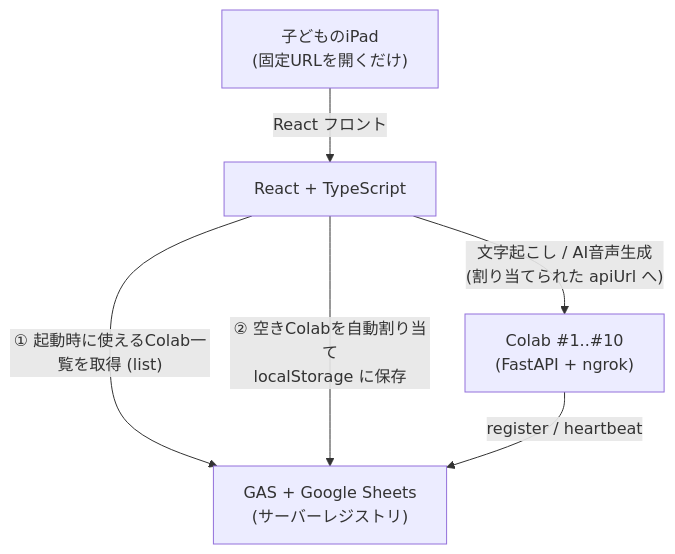
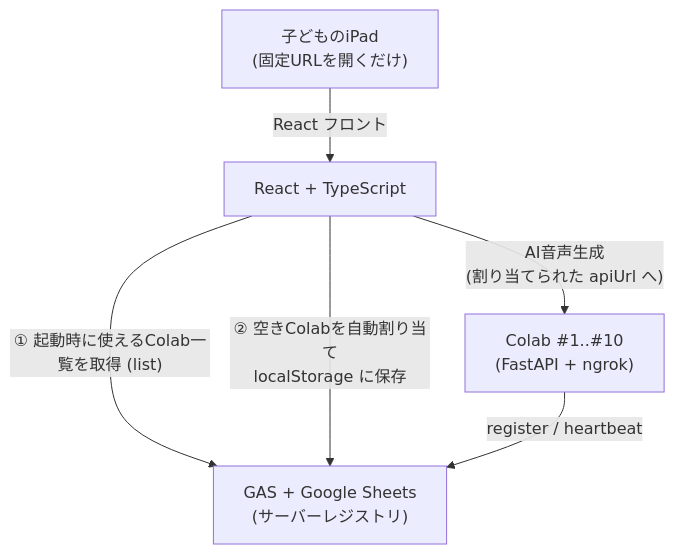
The first of 2 diagrams in README.md (TaiyoYamada/voice-comic-theater), drawn with Mermaid before and after one commit. The commit also changed other lines of this file and 6 other files, not shown here.

````diff
--- a/README.md
+++ b/README.md
@@ -9,8 +9,8 @@
 ```mermaid
 flowchart TD
     iPad["子どものiPad<br/>(固定URLを開くだけ)"] -->|React フロント| Front["React + TypeScript"]
     Front -->|"① 起動時に使えるColab一覧を取得 (list)"| GAS["GAS + Google Sheets<br/>(サーバーレジストリ)"]
     Front -->|"② 空きColabを自動割り当て<br/>localStorage に保存"| GAS
     Colab["Colab #1..#10<br/>(FastAPI + ngrok)"] -->|register / heartbeat| GAS
-    Front -->|"文字起こし / AI音声生成<br/>(割り当てられた apiUrl へ)"| Colab
+    Front -->|"AI音声生成<br/>(割り当てられた apiUrl へ)"| Colab
 ```
````
